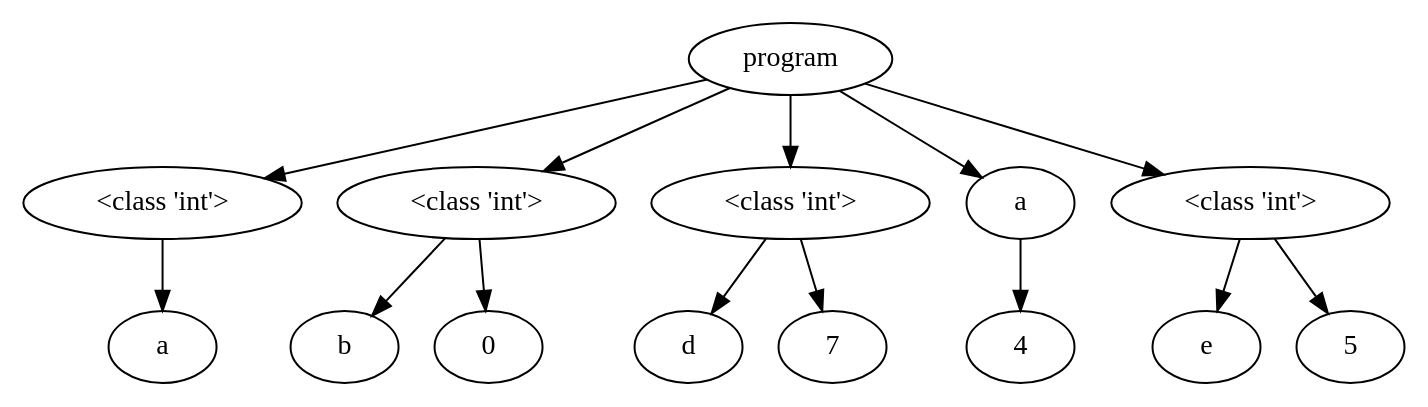
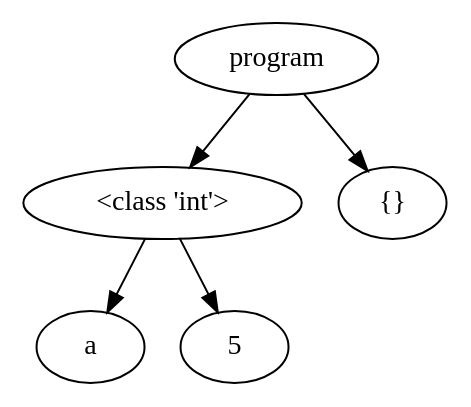
One commit to NielsVandenBroeck/COMP_Compiler changed the diagram in OutputFiles/dotVisualization.dot. Above: the diagram before and after it, drawn with Graphviz. The commit also changed 13 other files, not shown here.

```diff
--- a/OutputFiles/dotVisualization.dot
+++ b/OutputFiles/dotVisualization.dot
@@ -1,34 +1,12 @@
 digraph G { 
-"<AST.AST object at 0x000002CD1A304790> (0)"[label="program"]
-"<AST.ASTDataType object at 0x000002CD1A304C70> (1)"[label="<class 'int'>"]
-"<AST.AST object at 0x000002CD1A304790> (0)"->"<AST.ASTDataType object at 0x000002CD1A304C70> (1)"
-"<AST.ASTDataType object at 0x000002CD1A304C70> (1)"[label="<class 'int'>"]
-"<AST.ASTVariable object at 0x000002CD1A304580> (2)"[label="a"]
-"<AST.ASTDataType object at 0x000002CD1A304C70> (1)"->"<AST.ASTVariable object at 0x000002CD1A304580> (2)"
-"<AST.ASTDataType object at 0x000002CD1A304E20> (1)"[label="<class 'int'>"]
-"<AST.AST object at 0x000002CD1A304790> (0)"->"<AST.ASTDataType object at 0x000002CD1A304E20> (1)"
-"<AST.ASTDataType object at 0x000002CD1A304E20> (1)"[label="<class 'int'>"]
-"<AST.ASTVariable object at 0x000002CD1A304AC0> (2)"[label="b"]
-"<AST.ASTDataType object at 0x000002CD1A304E20> (1)"->"<AST.ASTVariable object at 0x000002CD1A304AC0> (2)"
-"<AST.ASTVariable object at 0x000002CD1A304BB0> (2)"[label="0"]
-"<AST.ASTDataType object at 0x000002CD1A304E20> (1)"->"<AST.ASTVariable object at 0x000002CD1A304BB0> (2)"
-"<AST.ASTDataType object at 0x000002CD1A310070> (1)"[label="<class 'int'>"]
-"<AST.AST object at 0x000002CD1A304790> (0)"->"<AST.ASTDataType object at 0x000002CD1A310070> (1)"
-"<AST.ASTDataType object at 0x000002CD1A310070> (1)"[label="<class 'int'>"]
-"<AST.ASTVariable object at 0x000002CD1A304A90> (2)"[label="d"]
-"<AST.ASTDataType object at 0x000002CD1A310070> (1)"->"<AST.ASTVariable object at 0x000002CD1A304A90> (2)"
-"<AST.ASTOperator object at 0x000002CD1A310250> (2)"[label="7"]
-"<AST.ASTDataType object at 0x000002CD1A310070> (1)"->"<AST.ASTOperator object at 0x000002CD1A310250> (2)"
-"<AST.ASTVariable object at 0x000002CD1A3102B0> (1)"[label="a"]
-"<AST.AST object at 0x000002CD1A304790> (0)"->"<AST.ASTVariable object at 0x000002CD1A3102B0> (1)"
-"<AST.ASTVariable object at 0x000002CD1A3102B0> (1)"[label="a"]
-"<AST.AST object at 0x000002CD1A310340> (2)"[label="4"]
-"<AST.ASTVariable object at 0x000002CD1A3102B0> (1)"->"<AST.AST object at 0x000002CD1A310340> (2)"
-"<AST.ASTDataType object at 0x000002CD1A310400> (1)"[label="<class 'int'>"]
-"<AST.AST object at 0x000002CD1A304790> (0)"->"<AST.ASTDataType object at 0x000002CD1A310400> (1)"
-"<AST.ASTDataType object at 0x000002CD1A310400> (1)"[label="<class 'int'>"]
-"<AST.ASTVariable object at 0x000002CD1A3103A0> (2)"[label="e"]
-"<AST.ASTDataType object at 0x000002CD1A310400> (1)"->"<AST.ASTVariable object at 0x000002CD1A3103A0> (2)"
-"<AST.ASTOperator object at 0x000002CD1A310550> (2)"[label="5"]
-"<AST.ASTDataType object at 0x000002CD1A310400> (1)"->"<AST.ASTOperator object at 0x000002CD1A310550> (2)"
+"<AST.AST object at 0x0000026848DC7250> (0)"[label="program"]
+"<AST.ASTDataType object at 0x0000026848DC7760> (1)"[label="<class 'int'>"]
+"<AST.AST object at 0x0000026848DC7250> (0)"->"<AST.ASTDataType object at 0x0000026848DC7760> (1)"
+"<AST.ASTDataType object at 0x0000026848DC7760> (1)"[label="<class 'int'>"]
+"<AST.ASTVariable object at 0x0000026848DC7400> (2)"[label="a"]
+"<AST.ASTDataType object at 0x0000026848DC7760> (1)"->"<AST.ASTVariable object at 0x0000026848DC7400> (2)"
+"<AST.AST object at 0x0000026848DC72E0> (2)"[label="5"]
+"<AST.ASTDataType object at 0x0000026848DC7760> (1)"->"<AST.AST object at 0x0000026848DC72E0> (2)"
+"<AST.AST object at 0x0000026848DC7C10> (1)"[label="{}"]
+"<AST.AST object at 0x0000026848DC7250> (0)"->"<AST.AST object at 0x0000026848DC7C10> (1)"
 }
```
